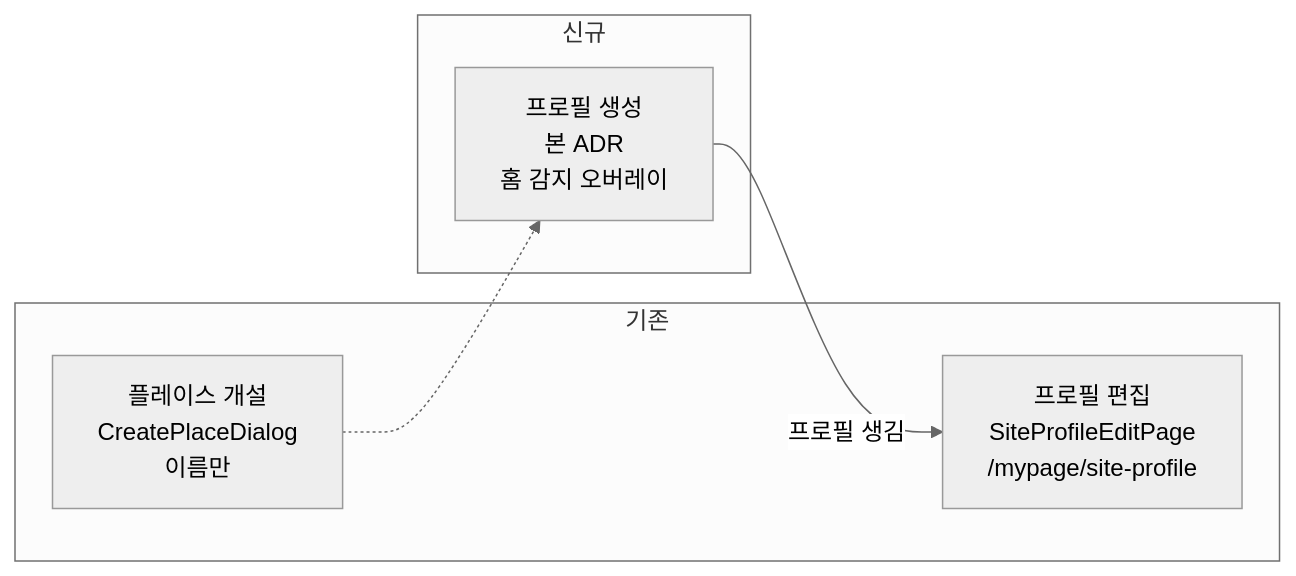
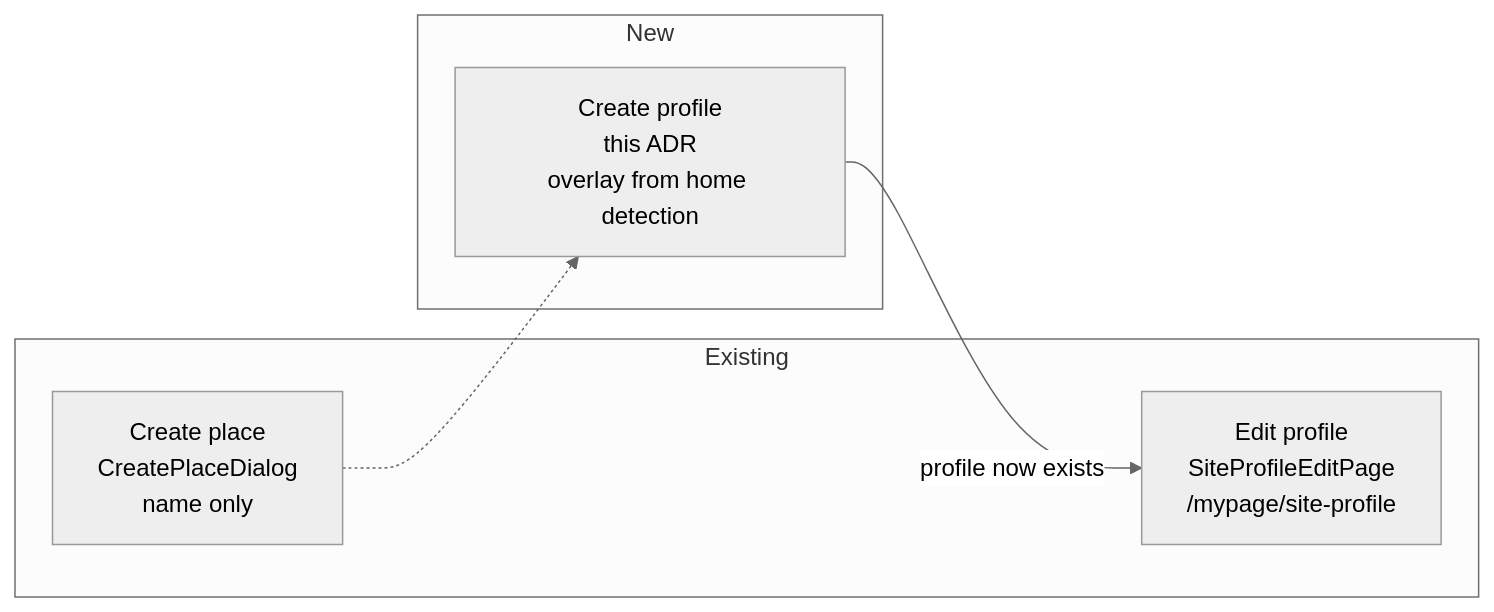
Before and after one commit to lemoncloud-io/dou-app: the second of 2 diagrams in docs/adr/0012-place-profile-creation.md, drawn with Mermaid (neutral theme). The commit also changed other lines of this file and 13 other files, not shown here.

````diff
--- a/docs/adr/0012-place-profile-creation.md
+++ b/docs/adr/0012-place-profile-creation.md
@@ -79,12 +92,12 @@
 ```mermaid
 flowchart LR
-    subgraph 기존
-      P[플레이스 개설<br/>CreatePlaceDialog<br/>이름만]
-      E[프로필 편집<br/>SiteProfileEditPage<br/>/mypage/site-profile]
+    subgraph Existing
+      P[Create place<br/>CreatePlaceDialog<br/>name only]
+      E[Edit profile<br/>SiteProfileEditPage<br/>/mypage/site-profile]
     end
-    subgraph 신규
-      C[프로필 생성<br/>본 ADR<br/>홈 감지 오버레이]
+    subgraph New
+      C[Create profile<br/>this ADR<br/>overlay from home detection]
     end
     P -.-> C
-    C -->|프로필 생김| E
+    C -->|profile now exists| E
 ```
````
